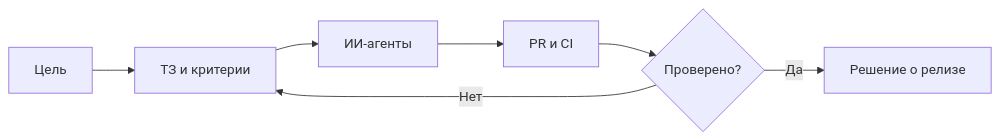
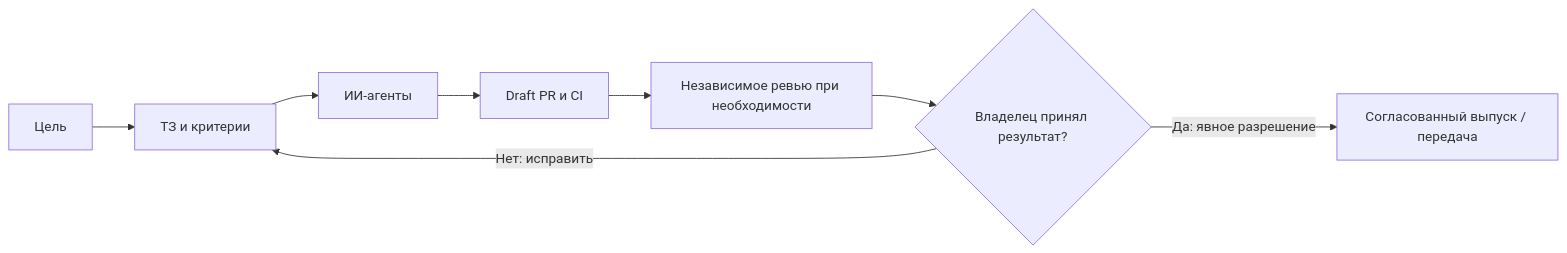
The diagram in README.ru.md (ruslanudintsev-ai/RuslanUdintsev-AI), drawn with Mermaid before and after one commit. The commit also changed other lines of this file and 10 other files, not shown here.

````diff
--- a/README.ru.md
+++ b/README.ru.md
@@ -62,9 +62,10 @@
 ```mermaid
 flowchart LR
     G["Цель"] --> T["ТЗ и критерии"]
     T --> A["ИИ-агенты"]
-    A --> C["PR и CI"]
-    C --> Q{"Проверено?"}
-    Q -->|Нет| T
-    Q -->|Да| R["Решение о релизе"]
+    A --> C["Draft PR и CI"]
+    C --> Q["Независимое ревью при необходимости"]
+    Q --> D{"Владелец принял результат?"}
+    D -->|Нет: исправить| T
+    D -->|Да: явное разрешение| R["Согласованный выпуск / передача"]
 ```
````
